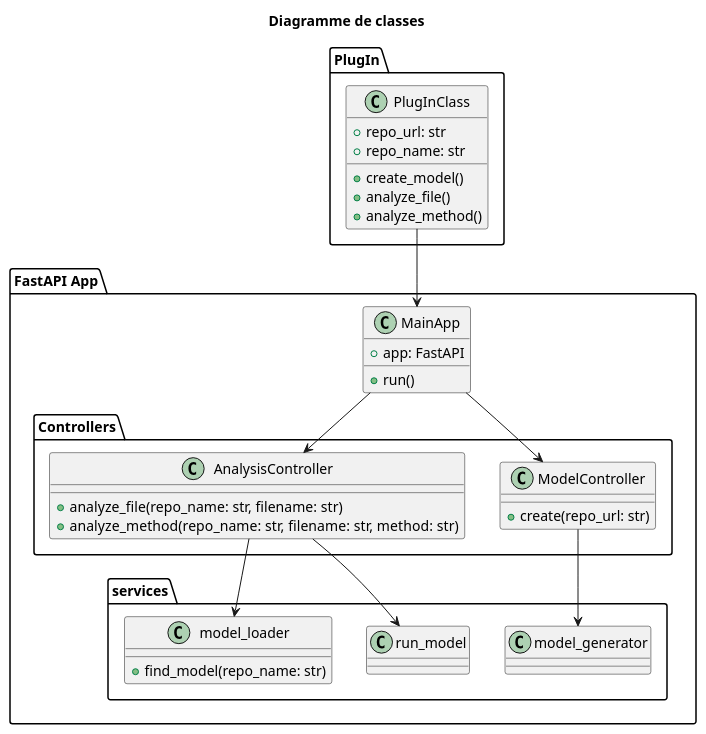
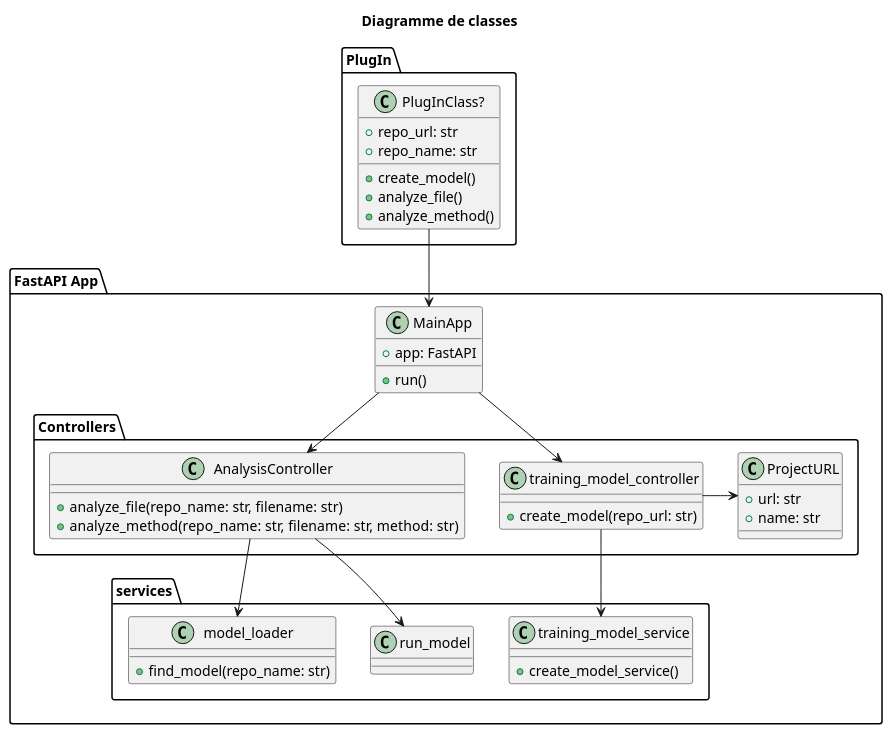
The diagram in artifacts/class.puml (DaREf-MS/log-density-plugin), drawn with PlantUML before and after one commit. The commit also changed 1 other file, not shown here.

Commit message:
Small update on diagrams, more to come

```diff
--- a/artifacts/class.puml
+++ b/artifacts/class.puml
@@ -1,50 +1,59 @@
 @startuml
 
 title Diagramme de classes
 
 package PlugIn {
-    class "PlugInClass" as tbd {
+    class "PlugInClass?" as tbd {
         +repo_url: str
         +repo_name: str
         +create_model()
         +analyze_file()
         +analyze_method()
     }
 }
 
 package "FastAPI App" {
     class MainApp {
         +app: FastAPI
         +run()
     }
 
     package Controllers {
-        class ModelController {
-            +create(repo_url: str)
+        class training_model_controller {
+            +create_model(repo_url: str)
         }
 
         class AnalysisController {
             +analyze_file(repo_name: str, filename: str)
             +analyze_method(repo_name: str, filename: str, method: str)
         }
+
+        class ProjectURL {
+            +url: str
+            +name: str
+        }
     }
 
     package services {
-        class model_generator
+        class training_model_service {
+            +create_model_service()
+        }
+
         class run_model
         class model_loader {
             +find_model(repo_name: str)
         }
     }
 }
 
 tbd --> MainApp
 
-MainApp --> ModelController
+MainApp --> training_model_controller
 MainApp --> AnalysisController
 
-ModelController --> model_generator
+training_model_controller --> training_model_service
+training_model_controller -> ProjectURL
 AnalysisController --> run_model
 AnalysisController --> model_loader
 
 @enduml
```
